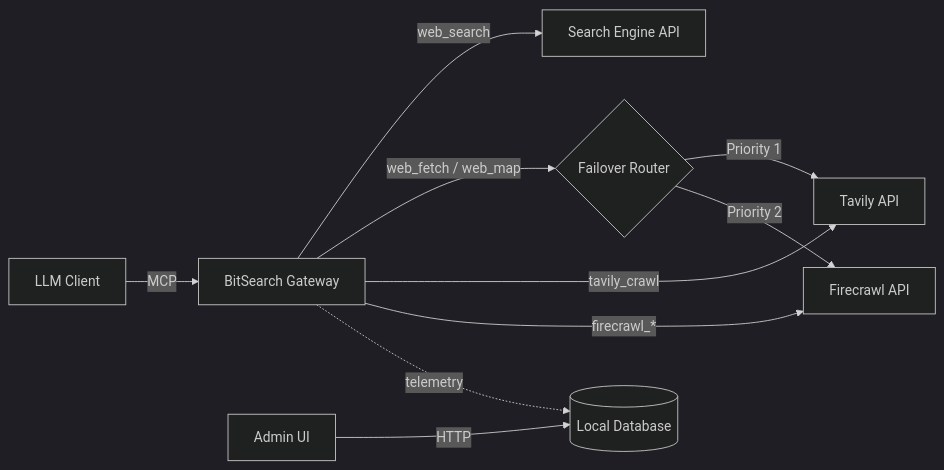
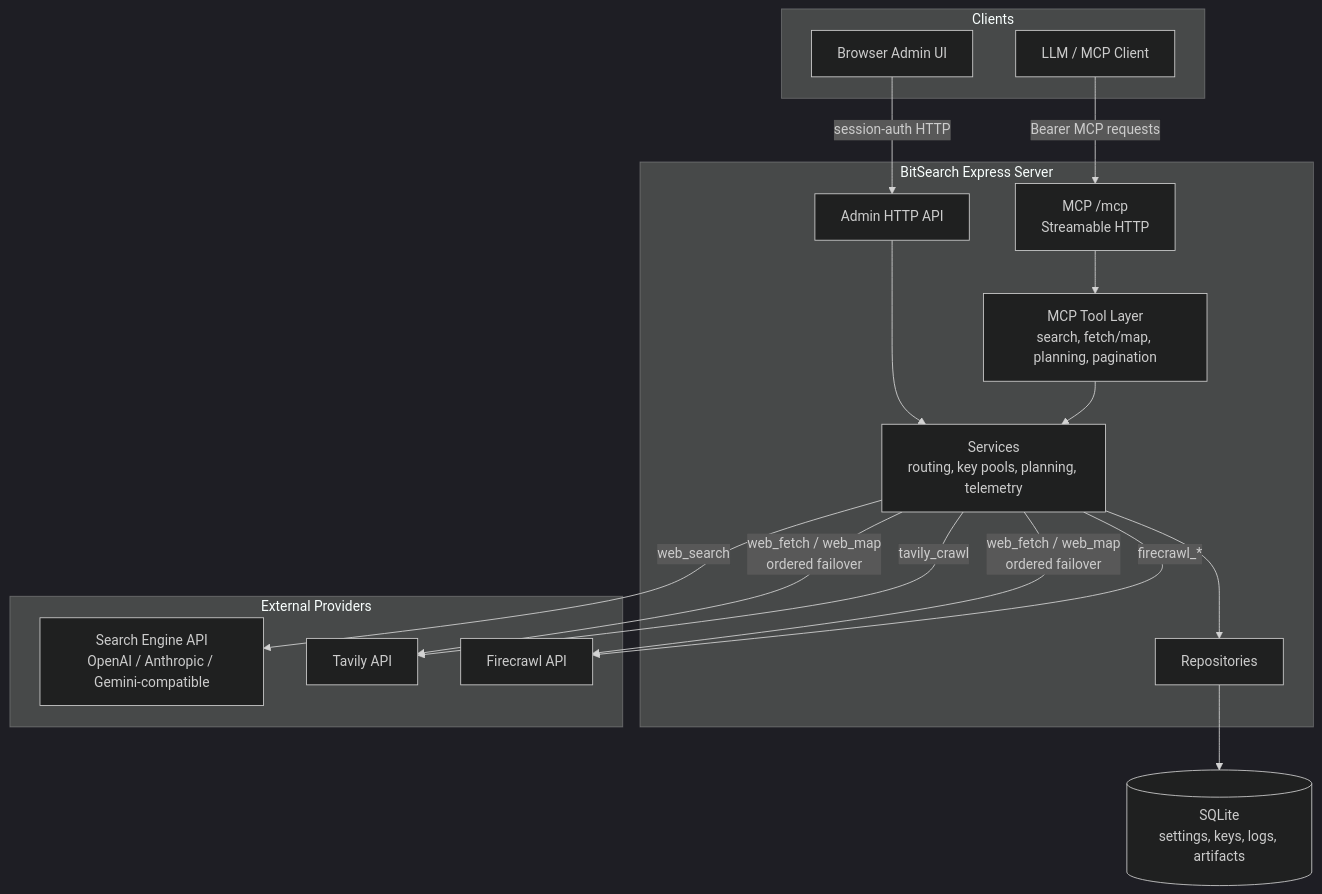
One commit to Hedeoer/bitsearch changed the diagram in README.md. Above: the diagram before and after it, drawn with Mermaid (dark theme). The commit also changed other lines of this file and 1 other file, not shown here.

Commit message:
📝 docs(readme): refresh architecture overview

````diff
--- a/README.md
+++ b/README.md
@@ -41,12 +41,38 @@
 ```mermaid
-flowchart LR
-    Client[LLM Client] -- MCP --> Server[BitSearch Gateway]
-    Server -- web_search --> SearchEngine[Search Engine API]
-    Server -- web_fetch / web_map --> Router{Failover Router}
-    Router -- Priority 1 --> Tavily[Tavily API]
-    Router -- Priority 2 --> Firecrawl[Firecrawl API]
-    Server -- tavily_crawl --> Tavily
-    Server -- firecrawl_* --> Firecrawl
-    Server -. telemetry .-> SQLite[(Local Database)]
-    Admin[Admin UI] -- HTTP --> SQLite
+flowchart TB
+    subgraph Clients
+        McpClient[LLM / MCP Client]
+        Browser[Browser Admin UI]
+    end
+
+    subgraph BitSearch[BitSearch Express Server]
+        McpEndpoint[MCP /mcp<br/>Streamable HTTP]
+        AdminApi[Admin HTTP API]
+        Tools[MCP Tool Layer<br/>search, fetch/map, planning, pagination]
+        Services[Services<br/>routing, key pools, planning, telemetry]
+        Repos[Repositories]
+    end
+
+    subgraph Providers[External Providers]
+        SearchEngine[Search Engine API<br/>OpenAI / Anthropic / Gemini-compatible]
+        Tavily[Tavily API]
+        Firecrawl[Firecrawl API]
+    end
+
+    SQLite[(SQLite<br/>settings, keys, logs, artifacts)]
+
+    McpClient -->|Bearer MCP requests| McpEndpoint
+    Browser -->|session-auth HTTP| AdminApi
+
+    McpEndpoint --> Tools
+    AdminApi --> Services
+    Tools --> Services
+    Services --> Repos
+    Repos --> SQLite
+
+    Services -->|web_search| SearchEngine
+    Services -->|web_fetch / web_map<br/>ordered failover| Tavily
+    Services -->|web_fetch / web_map<br/>ordered failover| Firecrawl
+    Services -->|tavily_crawl| Tavily
+    Services -->|firecrawl_*| Firecrawl
 ```
````
